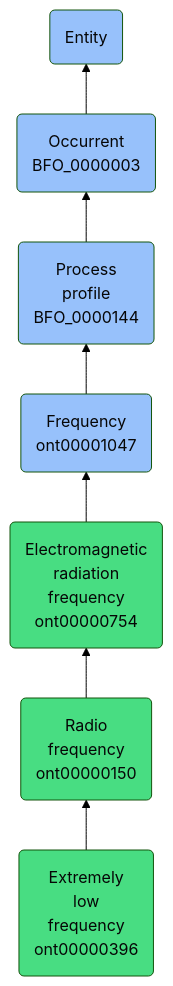
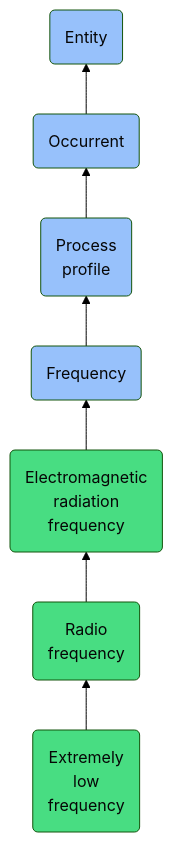
The diagram in docs/ontology/reference/model/Entity/Occurrent/Process profile/Frequency/Electromagnetic radiation frequency/Radio frequency/Extremely low frequency/Extremely low frequency.md (jupyter-naas/abi), drawn with Mermaid (forest theme) before and after one commit. The commit also changed other lines of this file and 1430 other files, not shown here.

````diff
--- a/docs/ontology/reference/model/Entity/Occurrent/Process profile/Frequency/Electromagnetic radiation frequency/Radio frequency/Extremely low frequency/Extremely low frequency.md
+++ b/docs/ontology/reference/model/Entity/Occurrent/Process profile/Frequency/Electromagnetic radiation frequency/Radio frequency/Extremely low frequency/Extremely low frequency.md
@@ -24,14 +24,14 @@
 ```mermaid
 graph BT
-    ont00000396(Extremely<br>low<br>frequency<br>ont00000396):::ABI-->ont00000150
-    ont00000150(Radio<br>frequency<br>ont00000150):::ABI-->ont00000754
-    ont00000754(Electromagnetic<br>radiation<br>frequency<br>ont00000754):::ABI-->ont00001047
-    ont00001047(Frequency<br>ont00001047):::BFO-->BFO_0000144
-    BFO_0000144(Process<br>profile<br>BFO_0000144):::BFO-->BFO_0000003
-    BFO_0000003(Occurrent<br>BFO_0000003):::BFO-->BFO_0000001
+    ont00000396(Extremely<br>low<br>frequency):::ABI-->ont00000150
+    ont00000150(Radio<br>frequency):::ABI-->ont00000754
+    ont00000754(Electromagnetic<br>radiation<br>frequency):::ABI-->ont00001047
+    ont00001047(Frequency):::BFO-->BFO_0000144
+    BFO_0000144(Process<br>profile):::BFO-->BFO_0000003
+    BFO_0000003(Occurrent):::BFO-->BFO_0000001
     BFO_0000001(Entity):::BFO
     
     classDef BFO fill:#97c1fb,color:#060606
     classDef CCO fill:#e4c51e,color:#060606
     classDef ABI fill:#48DD82,color:#060606
 ```
````
